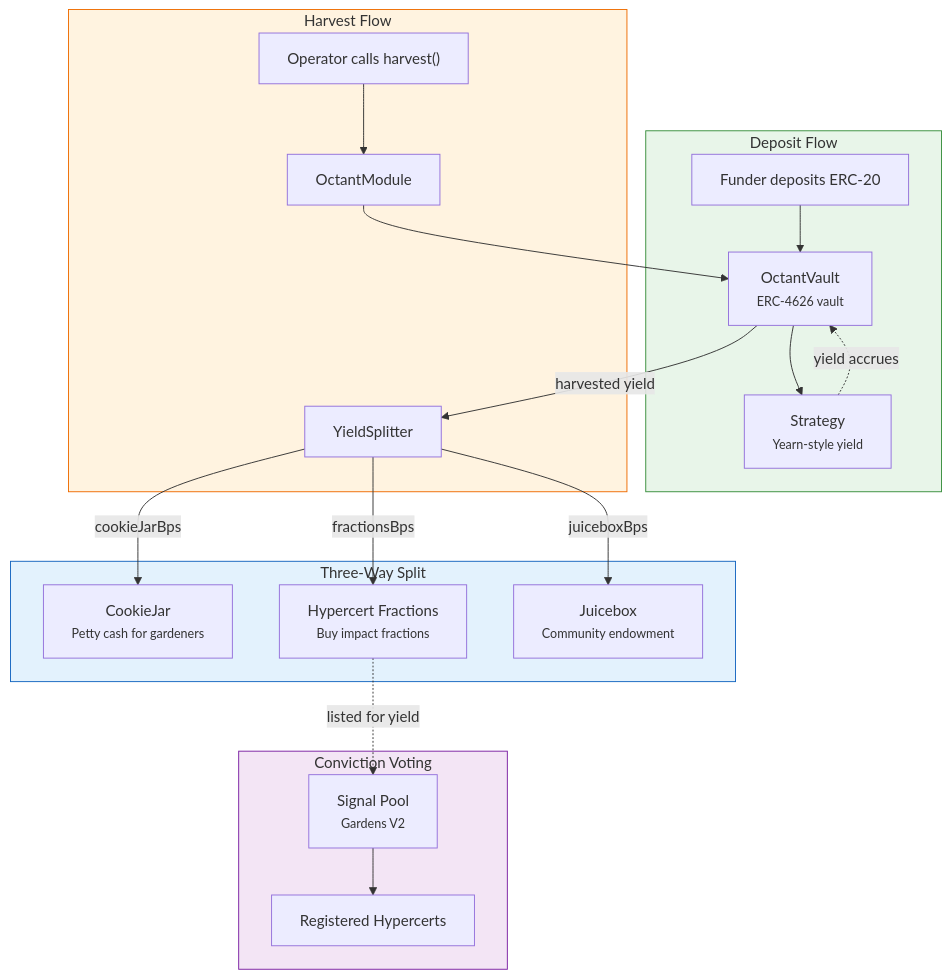
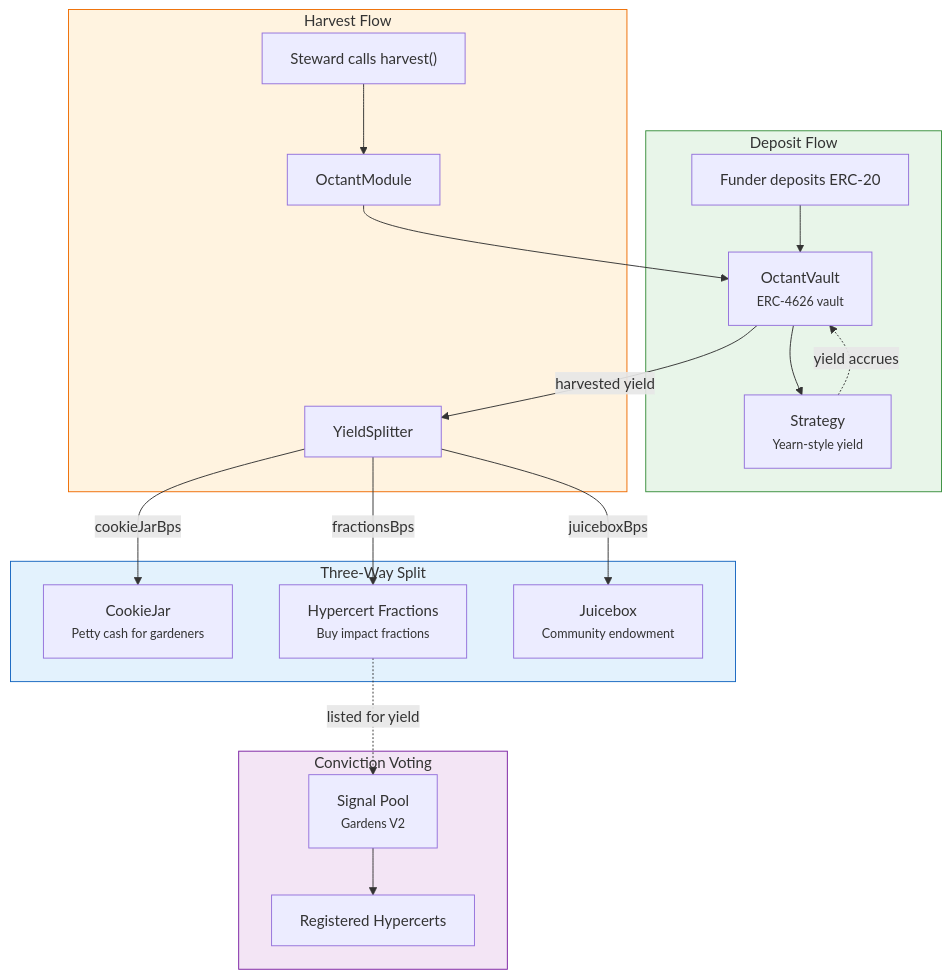
Before and after one commit to greenpill-dev-guild/green-goods: the third of 7 diagrams in docs/docs/builders/architecture/sequence-diagrams.mdx, drawn with Mermaid. The commit also changed other lines of this file and 447 other files, not shown here.

````diff
--- a/docs/docs/builders/architecture/sequence-diagrams.mdx
+++ b/docs/docs/builders/architecture/sequence-diagrams.mdx
@@ -137,45 +137,45 @@
 ```mermaid
 graph TD
     subgraph Deposit["Deposit Flow"]
         D1["Funder deposits ERC-20"]
         D2["OctantVault<br/><small>ERC-4626 vault</small>"]
         D3["Strategy<br/><small>Yearn-style yield</small>"]
     end
 
     subgraph Harvest["Harvest Flow"]
-        H1["Operator calls harvest()"]
+        H1["Steward calls harvest()"]
         H2["OctantModule"]
         H3["YieldSplitter"]
     end
 
     subgraph Split["Three-Way Split"]
         S1["CookieJar<br/><small>Petty cash for gardeners</small>"]
         S2["Hypercert Fractions<br/><small>Buy impact fractions</small>"]
         S3["Juicebox<br/><small>Community endowment</small>"]
     end
 
     subgraph Governance["Conviction Voting"]
         CV["Signal Pool<br/><small>Gardens V2</small>"]
         HP["Registered Hypercerts"]
     end
 
     D1 --> D2
     D2 --> D3
     D3 -.->|yield accrues| D2
 
     H1 --> H2
     H2 --> D2
     D2 -->|harvested yield| H3
 
     H3 -->|cookieJarBps| S1
     H3 -->|fractionsBps| S2
     H3 -->|juiceboxBps| S3
 
     S2 -.->|listed for yield| CV
     CV --> HP
 
     style Deposit fill:#e8f5e9,stroke:#388e3c
     style Harvest fill:#fff3e0,stroke:#ef6c00
     style Split fill:#e3f2fd,stroke:#1565c0
     style Governance fill:#f3e5f5,stroke:#7b1fa2
 ```
````
